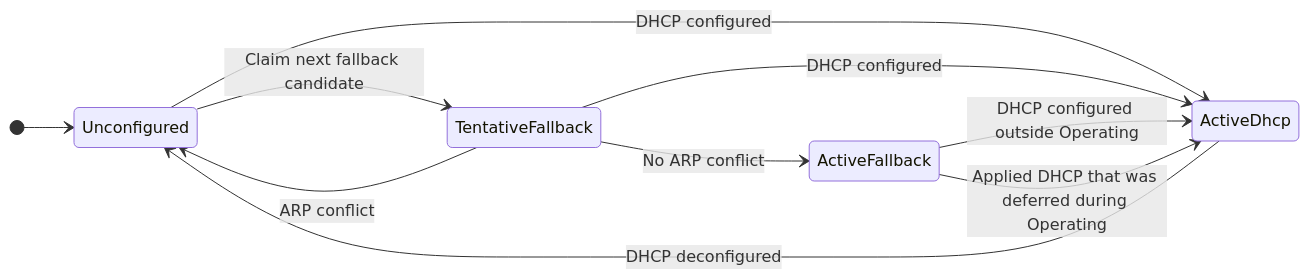
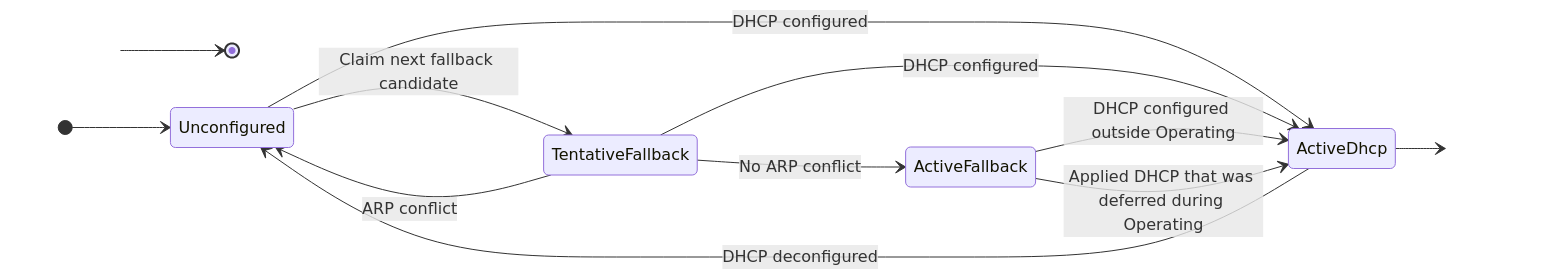
One commit to deimoscontrols/deimos changed the diagram in software/deimos/README.md. Above: the diagram before and after it, drawn with Mermaid.

Commit message:
invisible end spacers for diagram formatting

````diff
--- a/software/deimos/README.md
+++ b/software/deimos/README.md
@@ -183,23 +183,28 @@
 ```mermaid
----
-config:
-  state:
-    diagramPadding: 100
----
 stateDiagram-v2
     direction LR
 
+    classDef spacer fill:transparent,stroke:transparent,color:transparent;
+
+    StartSpacer
+    EndSpacer
+
+    StartSpacer --> [*]
     [*] --> Unconfigured
 
     Unconfigured --> TentativeFallback: Claim next fallback candidate
     Unconfigured --> ActiveDhcp: DHCP configured
 
     TentativeFallback --> ActiveFallback: No ARP conflict
     TentativeFallback --> Unconfigured: ARP conflict
     TentativeFallback --> ActiveDhcp: DHCP configured
 
     ActiveFallback --> ActiveDhcp: DHCP configured outside Operating
     ActiveFallback --> ActiveDhcp: Applied DHCP that was deferred during Operating
 
     ActiveDhcp --> Unconfigured: DHCP deconfigured
+    ActiveDhcp --> EndSpacer
+
+    class StartSpacer spacer
+    class EndSpacer spacer
 ```
````
